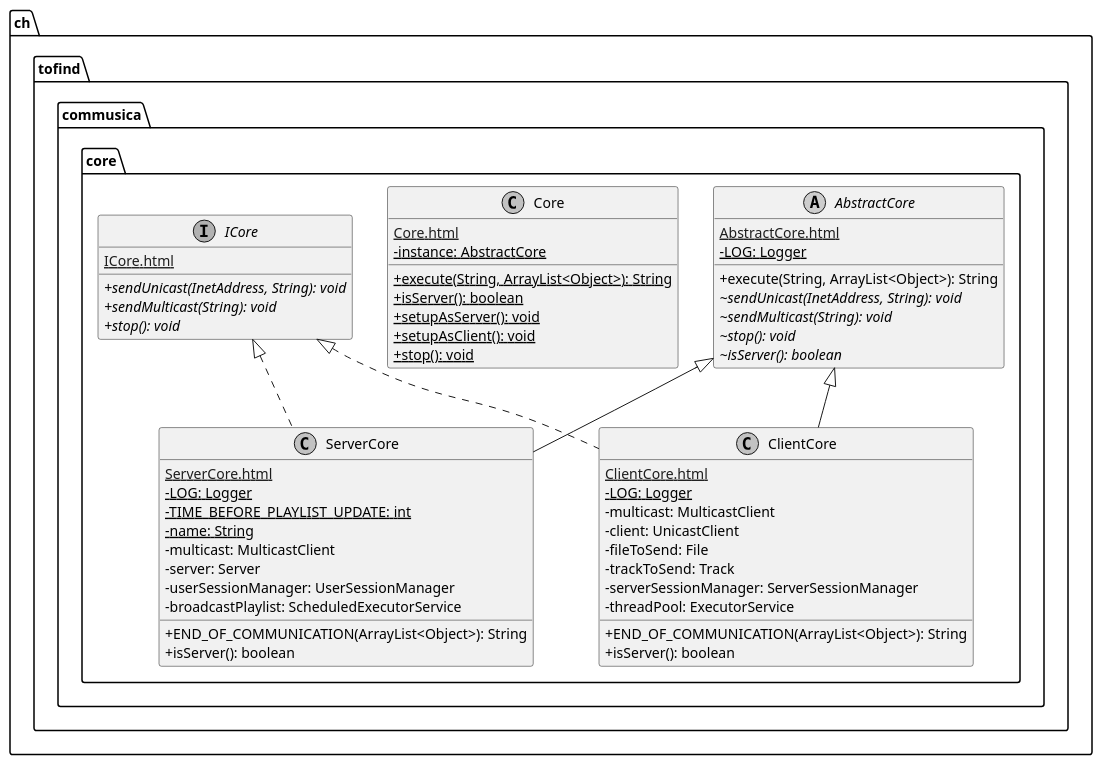
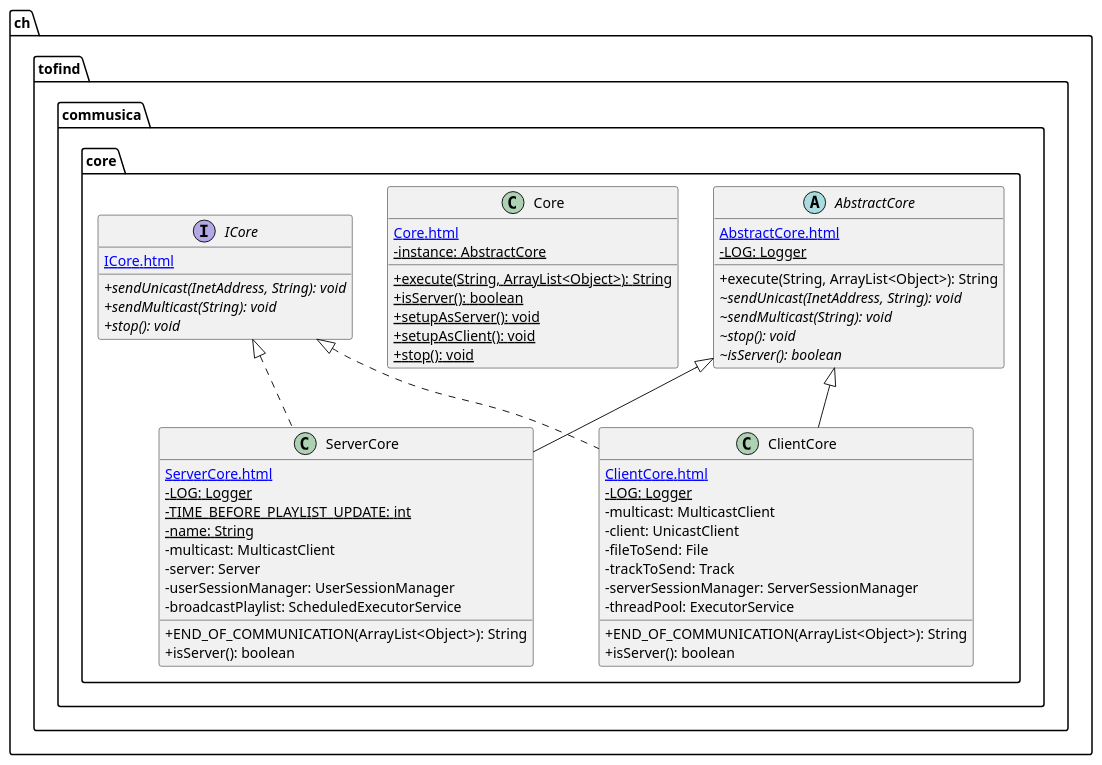
One commit to heig-vd-pro2017/projet changed the diagram in doc/PRO/UML/core.puml. Above: the diagram before and after it, drawn with PlantUML. The commit also changed 7 other files, not shown here.

Commit message:
Colored UML

```diff
--- a/doc/PRO/UML/core.puml
+++ b/doc/PRO/UML/core.puml
@@ -1,71 +1,70 @@
 @startuml
 
-    skinparam monochrome true
     skinparam classAttributeIconSize 0
 
     namespace ch.tofind.commusica.core {
 
         abstract class AbstractCore {
             [[AbstractCore.html]]
             {static} -LOG: Logger
             +execute(String, ArrayList<Object>): String
             {abstract} ~sendUnicast(InetAddress, String): void
             {abstract} ~sendMulticast(String): void
             {abstract} ~stop(): void
             {abstract} ~isServer(): boolean
         }
 
         class ServerCore {
             [[ServerCore.html]]
             {static} -LOG: Logger
             {static} -TIME_BEFORE_PLAYLIST_UPDATE: int
             {static} -name: String
             -multicast: MulticastClient
             -server: Server
             -userSessionManager: UserSessionManager
             -broadcastPlaylist: ScheduledExecutorService
             +END_OF_COMMUNICATION(ArrayList<Object>): String
             +isServer(): boolean
         }
 
         class ClientCore {
             [[ClientCore.html]]
             {static} -LOG: Logger
             -multicast: MulticastClient
             -client: UnicastClient
             -fileToSend: File
             -trackToSend: Track
             -serverSessionManager: ServerSessionManager
             -threadPool: ExecutorService
             +END_OF_COMMUNICATION(ArrayList<Object>): String
             +isServer(): boolean
         }
 
         class Core {
             [[Core.html]]
             {static} -instance: AbstractCore
             {static} +execute(String, ArrayList<Object>): String
             {static} +isServer(): boolean
             {static} +setupAsServer(): void
             {static} +setupAsClient(): void
             {static} +stop(): void
         }
 
         interface ICore {
             [[ICore.html]]
             {abstract} +sendUnicast(InetAddress, String): void
             {abstract} +sendMulticast(String): void
             {abstract} +stop(): void
         }
 
         AbstractCore <|-- ServerCore
 
         ICore <|.. ServerCore
 
         AbstractCore <|-- ClientCore
 
         ICore <|.. ClientCore
 
     }
 
 @enduml
```
